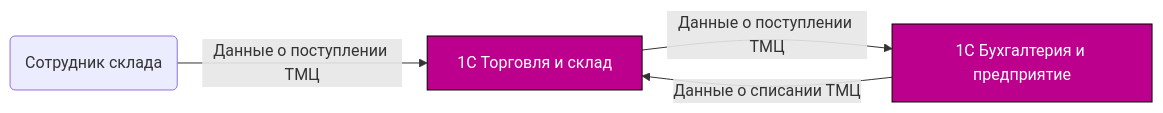
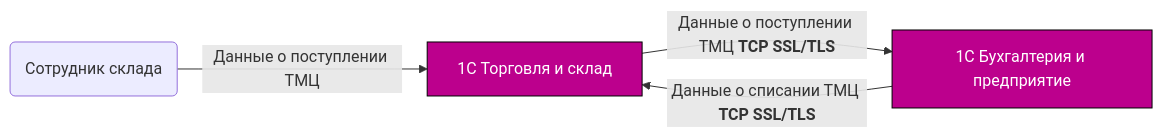
One commit to notnullptr-gh/architechture-sprint-10 changed the fifth of 5 diagrams in Task1/security-measures.md. Above: the diagram before and after it, drawn with Mermaid. The commit also changed other lines of this file and 1 other file, not shown here.

````diff
--- a/Task1/security-measures.md
+++ b/Task1/security-measures.md
@@ -61,12 +68,12 @@
 ```mermaid
 graph LR
     
     Employe(Сотрудник склада)
     System[1C Бухгалтерия и предприятие]
     System1[1C Торговля и склад]
     classDef highlight fill:#BC008D,stroke:#000,color:#FFF
 
     Employe --> |Данные о поступлении ТМЦ|System1
-    System1:::highlight --> |Данные о поступлении ТМЦ| System:::highlight
-    System:::highlight --> |Данные о списании ТМЦ| System1:::highlight
+    System1:::highlight --> |Данные о поступлении ТМЦ <b>TCP SSL/TLS</b>| System:::highlight
+    System:::highlight --> |Данные о списании ТМЦ <b>TCP SSL/TLS</b>| System1:::highlight
 ```
````
